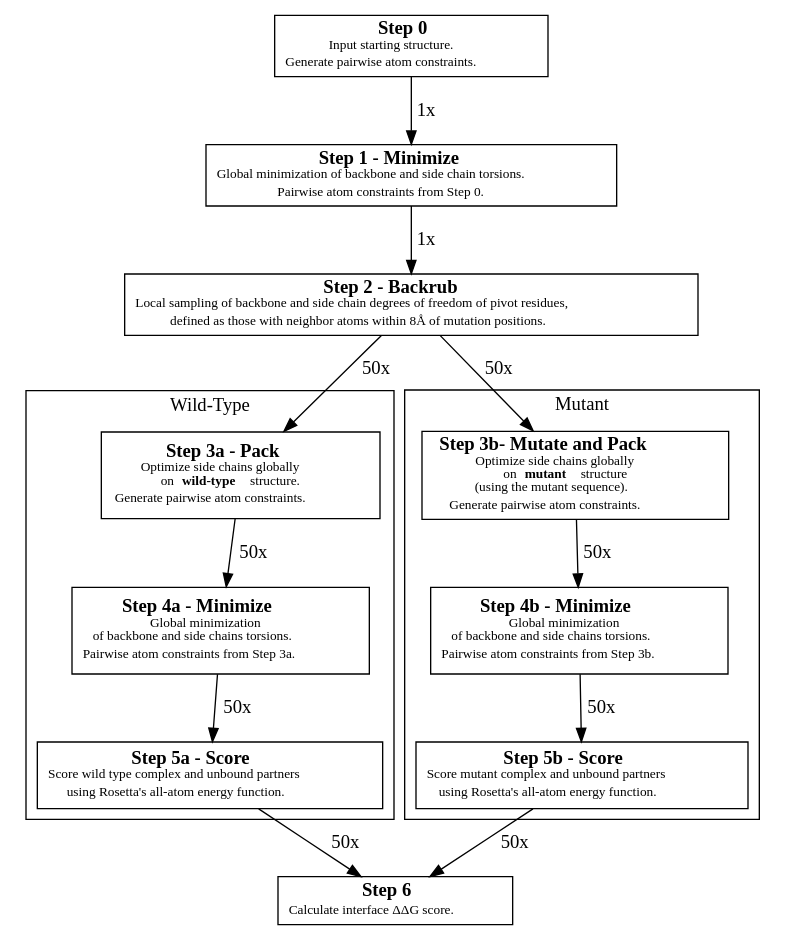
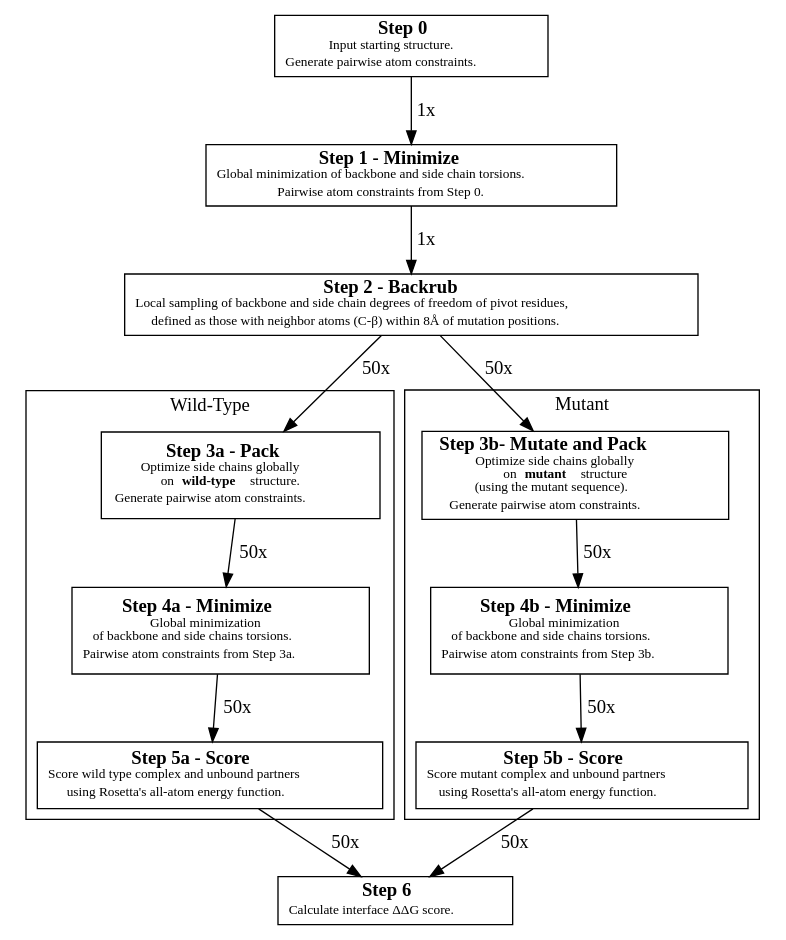
The diagram in figures/fig-overview.dot (Kortemme-Lab/flex_ddG_analysis), drawn with Graphviz before and after one commit.

Commit message:
Neighbor atom change

```diff
--- a/figures/fig-overview.dot
+++ b/figures/fig-overview.dot
@@ -1,80 +1,80 @@
 digraph cluster{
 rankdir=TB;
 forcelabels=true;
 
 step0 [label=< <B>Step 0</B> <BR/><FONT POINT-SIZE="10">
 Input starting structure.<BR/>
 Generate pairwise atom constraints.
 </FONT> >, shape=box];
 
 step1 [label=< <B>Step 1 - Minimize</B> <BR/><FONT POINT-SIZE="10">
 Global minimization of backbone and side chain torsions.<BR/>
 Pairwise atom constraints from Step 0.
 </FONT> >, shape=box];
 
 step2 [label=< <B>Step 2 - Backrub</B> <BR/><FONT POINT-SIZE="10">
 Local sampling of backbone and side chain degrees of freedom of pivot residues,<BR/>
-defined as those with neighbor atoms within 8Å of mutation positions.
+defined as those with neighbor atoms (C-β) within 8Å of mutation positions.
 </FONT> >, shape=box];
 
 step3a [label=< <B>Step 3a - Pack</B> <BR/><FONT POINT-SIZE="10">
 Optimize side chains globally<BR/>
 on <B>wild-type</B> structure.<BR/>
 Generate pairwise atom constraints.
 </FONT> >, shape=box, width = 2.9, height = 0.9];
 
 step3b [label=< <B>Step 3b- Mutate and Pack</B> <BR/><FONT POINT-SIZE="10">
 Optimize side chains globally<BR/>
 on <B>mutant</B> structure<BR/>
 (using the mutant sequence).<BR/>
 Generate pairwise atom constraints.
 </FONT> >, shape=box, width = 2.9, height = 0.9];
 
 step4a [label=< <B>Step 4a - Minimize</B> <BR/><FONT POINT-SIZE="10">
 Global minimization <BR/>
 of backbone and side chains torsions.<BR/>
 Pairwise atom constraints from Step 3a.
 </FONT> >, shape=box, width = 2.9, height = 0.9];
 
 step4b [label=< <B>Step 4b - Minimize</B> <BR/><FONT POINT-SIZE="10">
 Global minimization <BR/>
 of backbone and side chains torsions.<BR/>
 Pairwise atom constraints from Step 3b.
 </FONT> >, shape=box, width = 2.9, height = 0.9];
 
 step5a [label=< <B>Step 5a - Score</B> <BR/><FONT POINT-SIZE="10">
 Score wild type complex and unbound partners<BR/>
 using Rosetta's all-atom energy function.
 </FONT> >, shape=box, width = 2.9, height = 0.7];
 
 step5b [label=< <B>Step 5b - Score</B> <BR/><FONT POINT-SIZE="10">
 Score mutant complex and unbound partners<BR/>
 using Rosetta's all-atom energy function.
 </FONT> >, shape=box, width = 2.9, height = 0.7];
 
 step6 [label=< <B>Step 6</B> <BR/><FONT POINT-SIZE="10">
 Calculate interface ΔΔG score.
 </FONT> >, shape=box];
 
 step0 -> step1 [label = " 1x"];
 step1 -> step2 [label = " 1x"];
 step2 -> step3a [label = " 50x"];
 step2 -> step3b [label = " 50x"];
 
 subgraph cluster0 {
 step3a -> step4a [label = " 50x"];
 step4a -> step5a [label = " 50x"];
 label = "Wild-Type";
 }
 subgraph cluster1 {
 step3b -> step4b [label = " 50x"];
 step4b -> step5b [label = " 50x"];
 label = "Mutant";
 }
 
 step5a -> step6 [label = " 50x"];
 step5b -> step6 [label = " 50x"];
 
 # step2 -> step6;
 
 }
```
